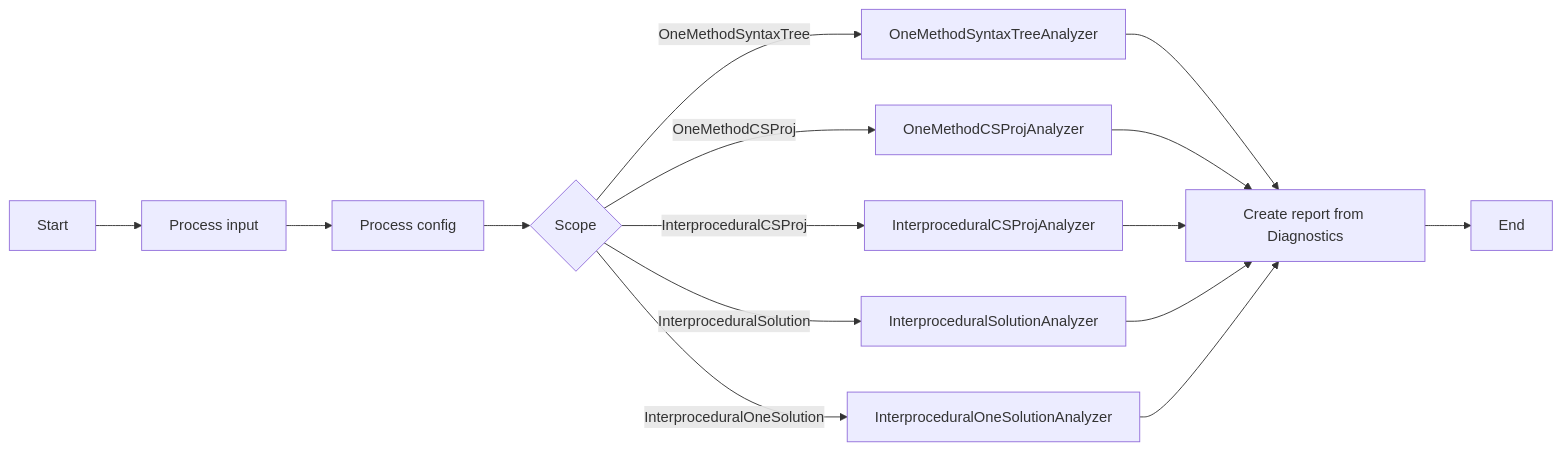
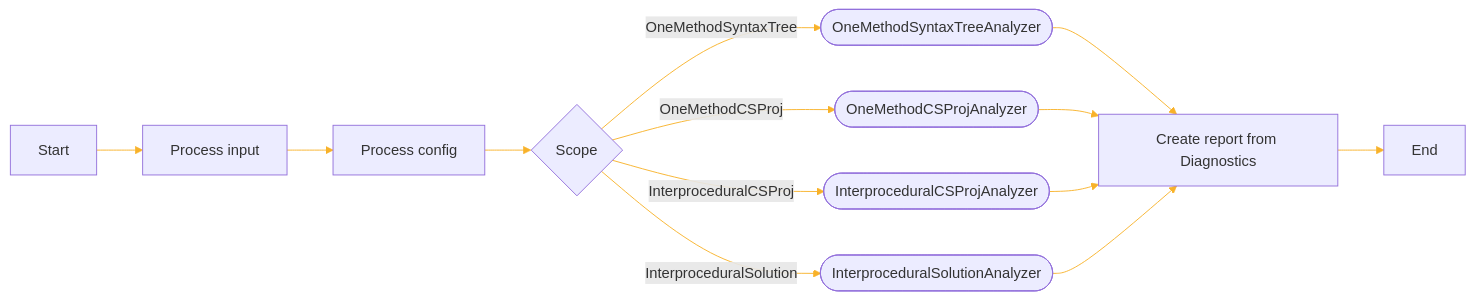
The diagram in README.md (KleinMichalGit/SQLInjectionAnalyzer), drawn with Mermaid before and after one commit. The commit also changed other lines of this file, not shown here.

````diff
--- a/README.md
+++ b/README.md
@@ -27,17 +27,25 @@
 ```mermaid
+%%{
+  init: {
+    'themeVariables': {
+      'primaryColor': '#BB2528',
+      'primaryBorderColor': '#7C0000',
+      'lineColor': '#F8B229'
+    }
+  }
+}%%
+
 flowchart LR;
     J[Start]-->A[Process input]
     A-->B[Process config];
     B-->C{Scope};
-    C-->|OneMethodSyntaxTree|D[OneMethodSyntaxTreeAnalyzer];
-    C-->|OneMethodCSProj|E[OneMethodCSProjAnalyzer];
-    C-->|InterproceduralCSProj|F[InterproceduralCSProjAnalyzer];
-    C-->|InterproceduralSolution|G[InterproceduralSolutionAnalyzer];
-    C-->|InterproceduralOneSolution|L[InterproceduralOneSolutionAnalyzer];
+    C-->|OneMethodSyntaxTree|D([OneMethodSyntaxTreeAnalyzer]);
+    C-->|OneMethodCSProj|E([OneMethodCSProjAnalyzer]);
+    C-->|InterproceduralCSProj|F([InterproceduralCSProjAnalyzer]);
+    C-->|InterproceduralSolution|G([InterproceduralSolutionAnalyzer]);
     D-->H[Create report from Diagnostics];
     E-->H;
     F-->H;
     G-->H;
-    L-->H;
     H-->I[End]
 ```
````
